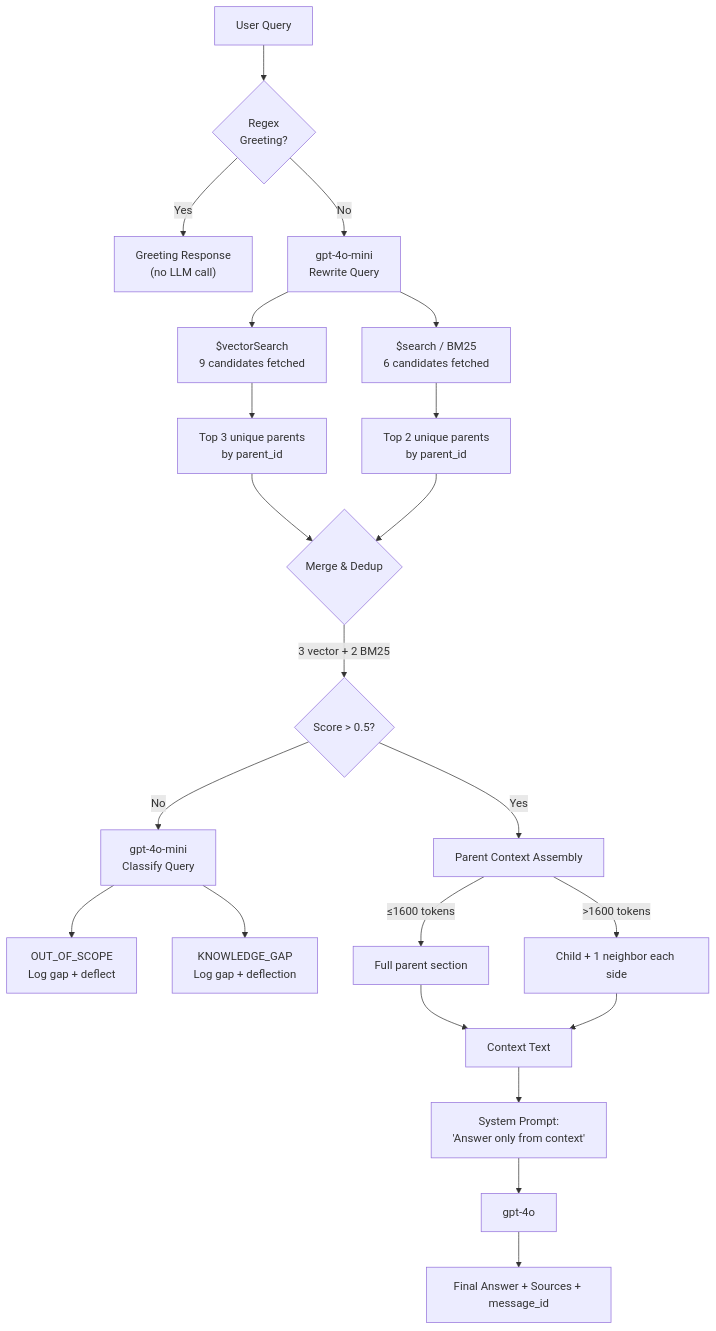
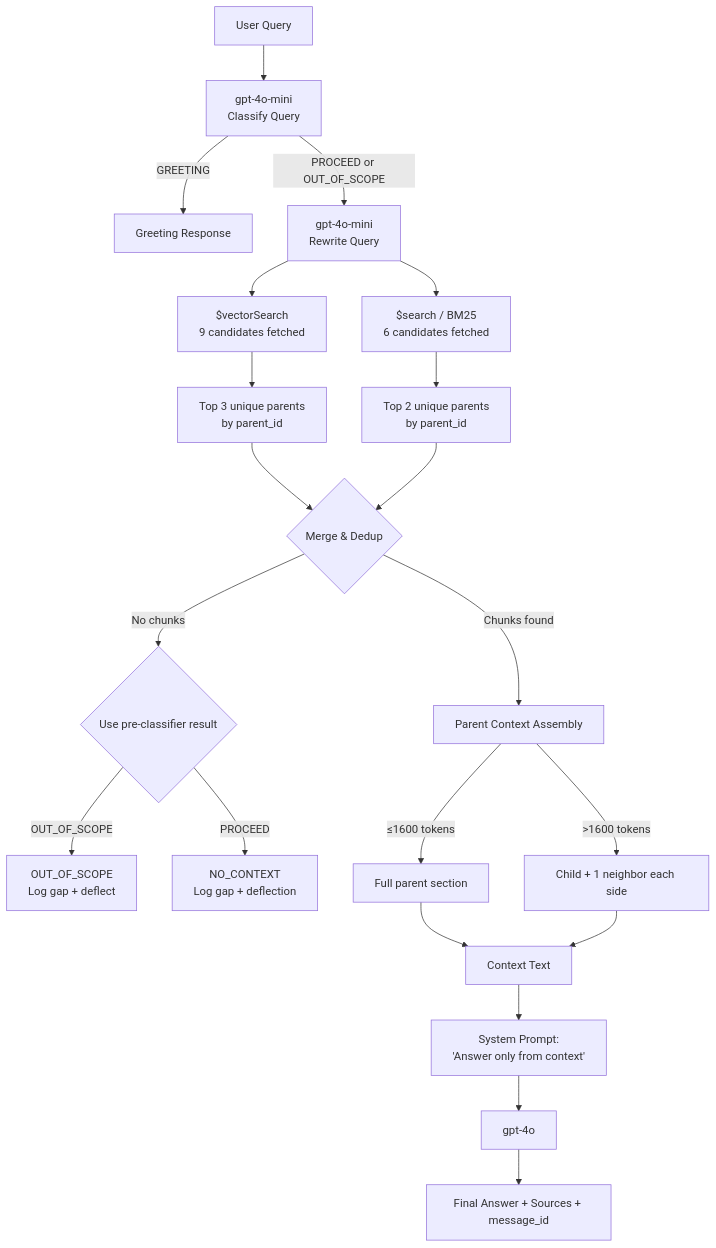
The fourth of 10 diagrams in README.md (pawanm992002/AI_CHATBOT), drawn with Mermaid before and after one commit. The commit also changed other lines of this file and 3 other files, not shown here.

Commit message:
feat: update chat service to allow search on OUT_OF_SCOPE classification and enhance documentation

````diff
--- a/README.md
+++ b/README.md
@@ -126,33 +125,31 @@
 ```mermaid
 flowchart TD
-    Q[User Query] --> RG{Regex<br/>Greeting?}
-    RG -->|Yes| GR["Greeting Response<br/>(no LLM call)"]
-    RG -->|No| RW[gpt-4o-mini<br/>Rewrite Query]
+    Q[User Query] --> CL[gpt-4o-mini<br/>Classify Query]
+    CL -->|GREETING| GR["Greeting Response"]
+    CL -->|PROCEED or OUT_OF_SCOPE| RW[gpt-4o-mini<br/>Rewrite Query]
     
     RW --> VE["$vectorSearch<br/>9 candidates fetched"]
     RW --> BE["$search / BM25<br/>6 candidates fetched"]
     
     VE --> VG[Top 3 unique parents<br/>by parent_id]
     BE --> BG[Top 2 unique parents<br/>by parent_id]
     
     VG --> Merge{Merge & Dedup}
     BG --> Merge
     
-    Merge -->|3 vector + 2 BM25| SC{Score > 0.5?}
-    
-    SC -->|Yes| PA[Parent Context Assembly]
-    SC -->|No| CL[gpt-4o-mini<br/>Classify Query]
-    
-    CL --> OOS[OUT_OF_SCOPE<br/>Log gap + deflect]
-    CL --> KG[KNOWLEDGE_GAP<br/>Log gap + deflection]
+    Merge -->|Chunks found| PA[Parent Context Assembly]
+    Merge -->|No chunks| FB{Use pre-classifier result}
+
+    FB -->|OUT_OF_SCOPE| OOS[OUT_OF_SCOPE<br/>Log gap + deflect]
+    FB -->|PROCEED| KG[NO_CONTEXT<br/>Log gap + deflection]
     
     PA -->|≤1600 tokens| FS[Full parent section]
     PA -->|>1600 tokens| CW[Child + 1 neighbor each side]
     
     FS --> CTX[Context Text]
     CW --> CTX
     
     CTX --> SP["System Prompt:<br/>'Answer only from context'"]
     SP --> LLM[gpt-4o]
     LLM --> ANS[Final Answer + Sources + message_id]
 ```
````
